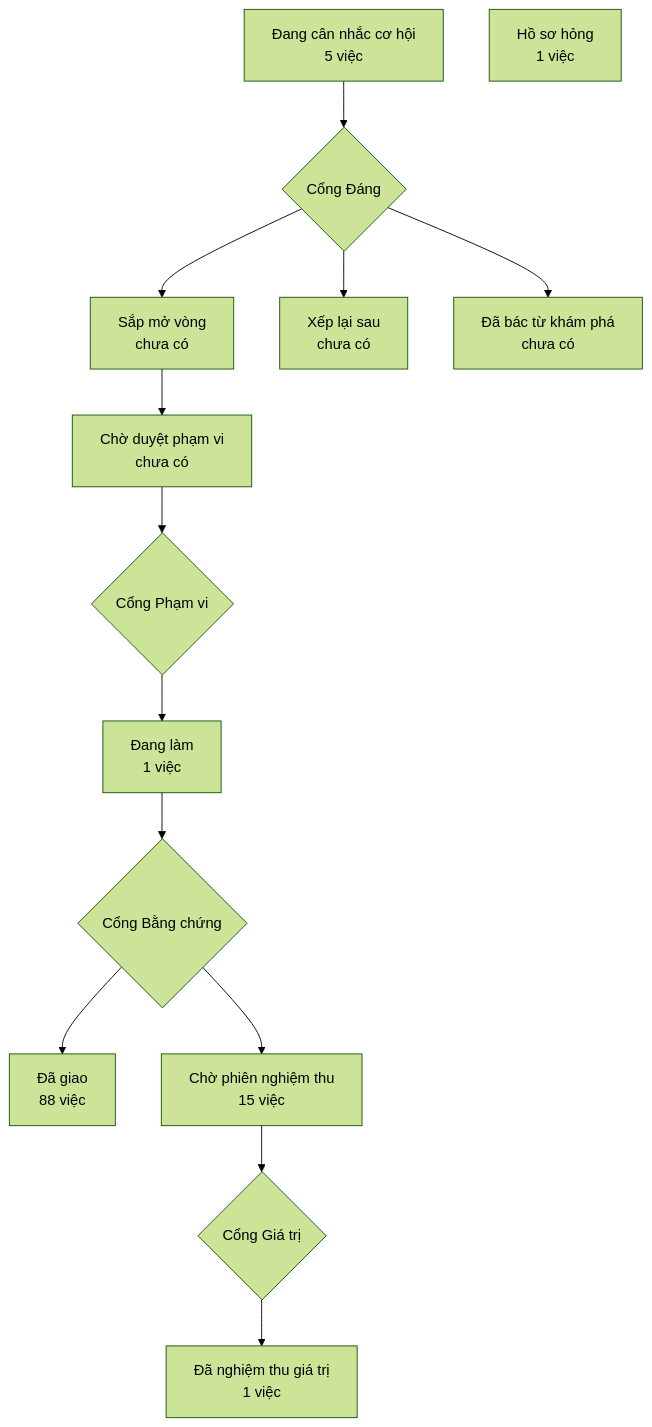
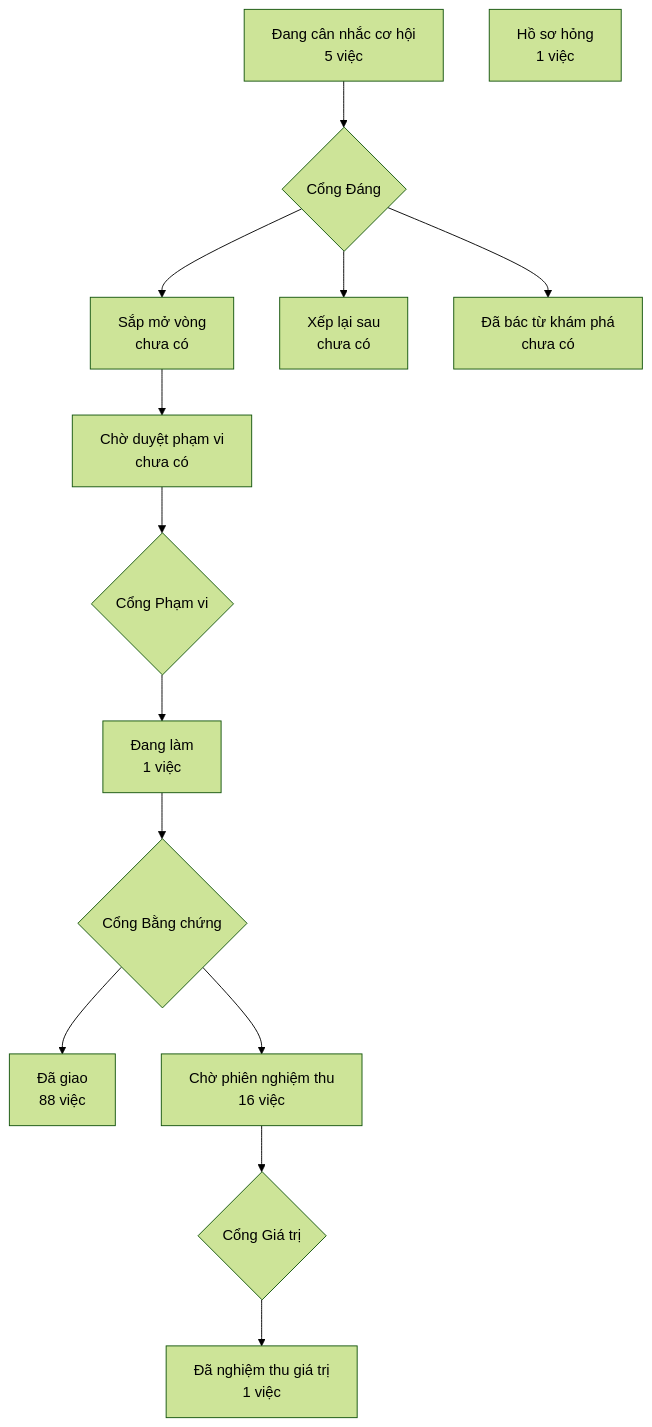
The diagram in PRODUCT-MAP.md (phanlemanh/crm-onehub), drawn with Mermaid (forest theme) before and after one commit.

Commit message:
product-map: vẽ lại sau ghim so-okr-tu-chay

````diff
--- a/PRODUCT-MAP.md
+++ b/PRODUCT-MAP.md
@@ -6,13 +6,13 @@
 ```mermaid
 flowchart TD
   A["Đang cân nhắc cơ hội<br/>5 việc"] --> GD{"Cổng Đáng"}
   GD --> B["Sắp mở vòng<br/>chưa có"]
   GD --> XL["Xếp lại sau<br/>chưa có"]
   GD --> DB["Đã bác từ khám phá<br/>chưa có"]
   B --> CD["Chờ duyệt phạm vi<br/>chưa có"] --> GP{"Cổng Phạm vi"}
   GP --> DL["Đang làm<br/>1 việc"] --> GB{"Cổng Bằng chứng"}
   GB --> DG["Đã giao<br/>88 việc"]
-  GB --> CN["Chờ phiên nghiệm thu<br/>15 việc"] --> GG{"Cổng Giá trị"}
+  GB --> CN["Chờ phiên nghiệm thu<br/>16 việc"] --> GG{"Cổng Giá trị"}
   GG --> NT["Đã nghiệm thu giá trị<br/>1 việc"]
   HS["Hồ sơ hỏng<br/>1 việc"]
 ```
````
